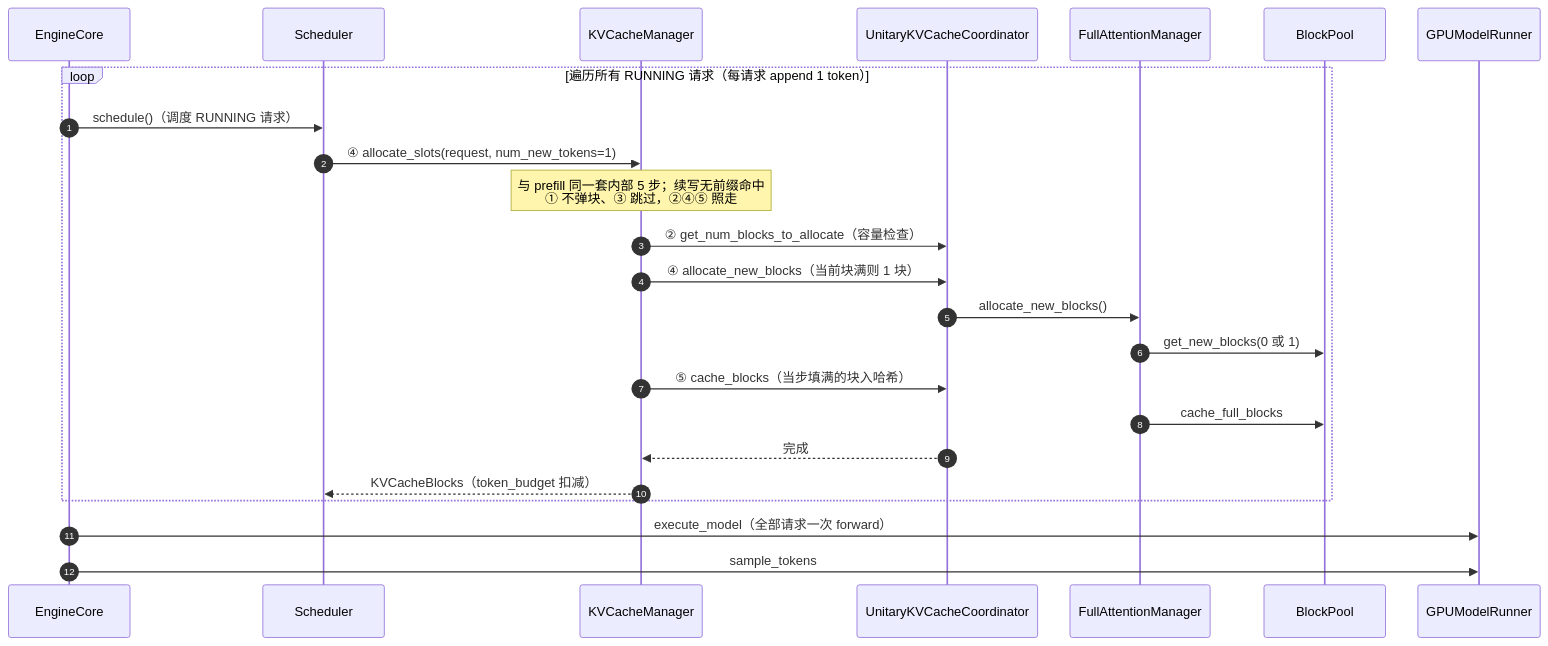
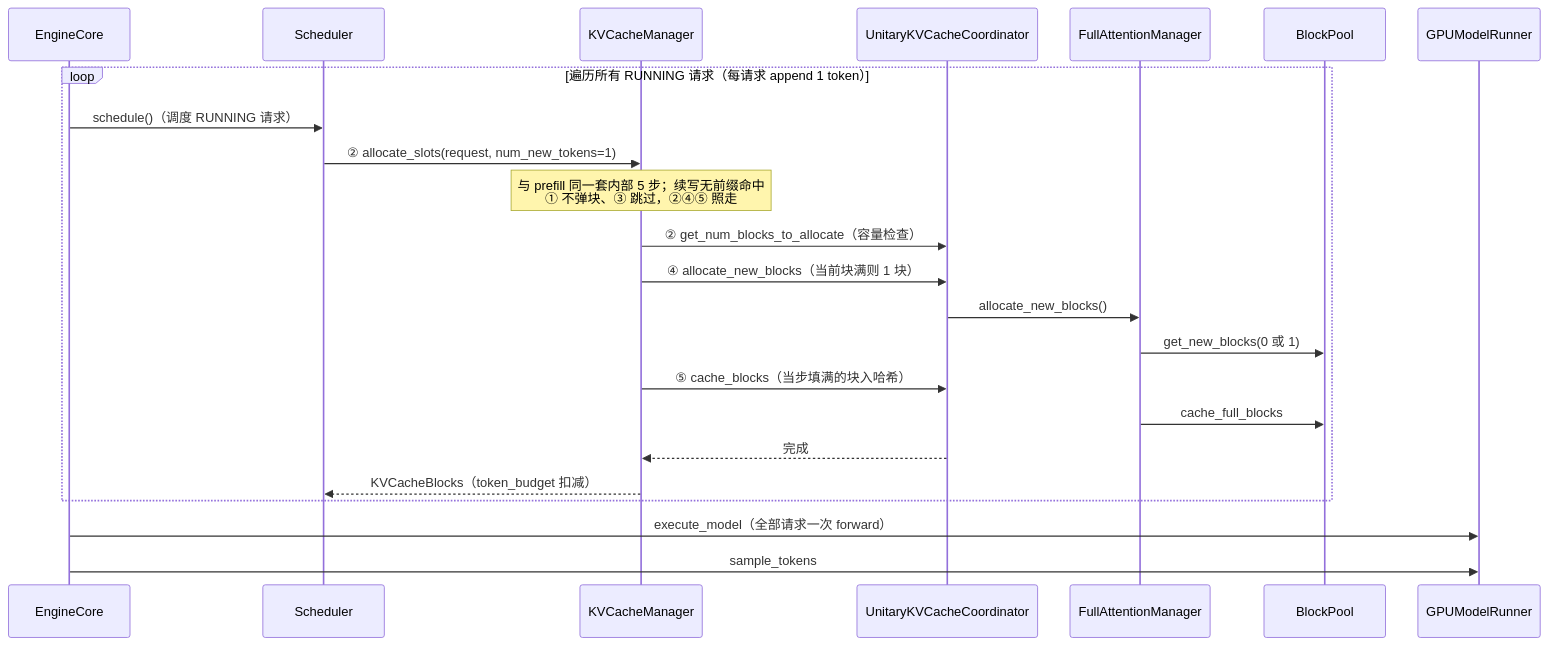
Before and after one commit to GoCHug/vllm: the seventh of 8 diagrams in vllm/v1/core/kvcache_docs/0_end_to_end_sequence.md, drawn with Mermaid. The commit also changed other lines of this file and 2 other files, not shown here.

````diff
--- a/vllm/v1/core/kvcache_docs/0_end_to_end_sequence.md
+++ b/vllm/v1/core/kvcache_docs/0_end_to_end_sequence.md
@@ -401,27 +404,26 @@
 ```mermaid
 %%{init: {"themeVariables": {"actorFontSize": "11px", "messageFontSize": "11px", "noteFontSize": "11px"}, "sequence": {"actorMargin": 40, "messageMargin": 16, "noteMargin": 8, "boxMargin": 8, "mirrorActors": true}}}%%
 sequenceDiagram
-    autonumber
     participant EngineCore
     participant Scheduler
     participant KVCacheManager
     participant UnitaryKVCacheCoordinator
     participant FullAttentionManager
     participant BlockPool
     participant GPUModelRunner
     loop 遍历所有 RUNNING 请求（每请求 append 1 token）
         EngineCore->>Scheduler: schedule()（调度 RUNNING 请求）
-        Scheduler->>KVCacheManager: ④ allocate_slots(request, num_new_tokens=1)
+        Scheduler->>KVCacheManager: ② allocate_slots(request, num_new_tokens=1)
         Note over KVCacheManager: 与 prefill 同一套内部 5 步；续写无前缀命中<br/>① 不弹块、③ 跳过，②④⑤ 照走
         KVCacheManager->>UnitaryKVCacheCoordinator: ② get_num_blocks_to_allocate（容量检查）
         KVCacheManager->>UnitaryKVCacheCoordinator: ④ allocate_new_blocks（当前块满则 1 块）
         UnitaryKVCacheCoordinator->>FullAttentionManager: allocate_new_blocks()
         FullAttentionManager->>BlockPool: get_new_blocks(0 或 1)
         KVCacheManager->>UnitaryKVCacheCoordinator: ⑤ cache_blocks（当步填满的块入哈希）
         FullAttentionManager->>BlockPool: cache_full_blocks
         UnitaryKVCacheCoordinator-->>KVCacheManager: 完成
         KVCacheManager-->>Scheduler: KVCacheBlocks（token_budget 扣减）
     end
     EngineCore->>GPUModelRunner: execute_model（全部请求一次 forward）
     EngineCore->>GPUModelRunner: sample_tokens
 ```
````
